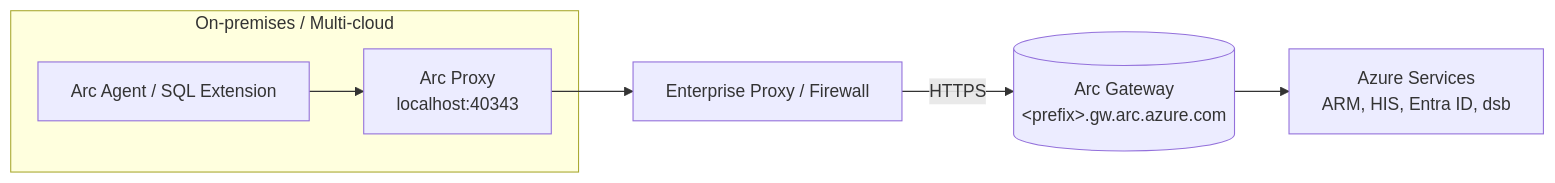
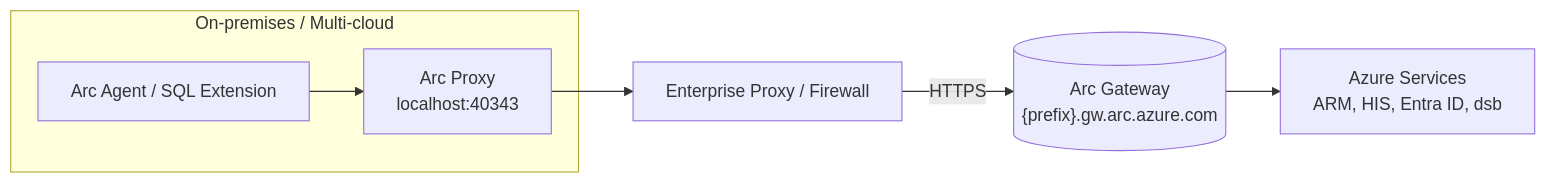
The first of 4 diagrams in modules/12-azure-arc-gateway.md (edhotp/Belajar-Azure-Arc-Enable-SQL), drawn with Mermaid before and after one commit. The commit also changed other lines of this file, not shown here.

Commit message:
fix(modul-12): perbaiki mermaid parse error pada label gateway URL

````diff
--- a/modules/12-azure-arc-gateway.md
+++ b/modules/12-azure-arc-gateway.md
@@ -24,9 +24,9 @@
 ```mermaid
 flowchart LR
     subgraph OnPrem[On-premises / Multi-cloud]
         A[Arc Agent / SQL Extension] --> P[Arc Proxy<br/>localhost:40343]
     end
     P --> EP[Enterprise Proxy / Firewall]
-    EP -->|HTTPS| GW[(Arc Gateway<br/>&lt;prefix&gt;.gw.arc.azure.com)]
+    EP -->|HTTPS| GW[("Arc Gateway<br/>{prefix}.gw.arc.azure.com")]
     GW --> AZ[Azure Services<br/>ARM, HIS, Entra ID, dsb]
 ```
````
